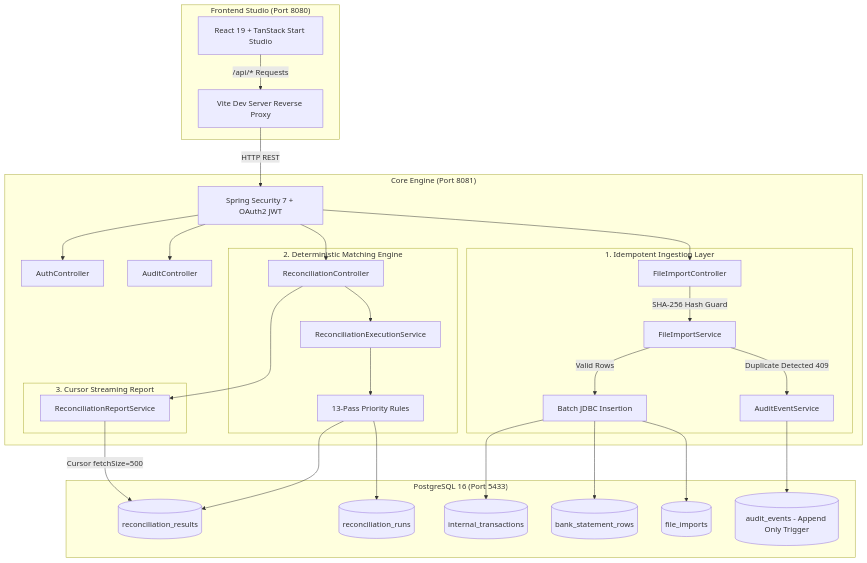
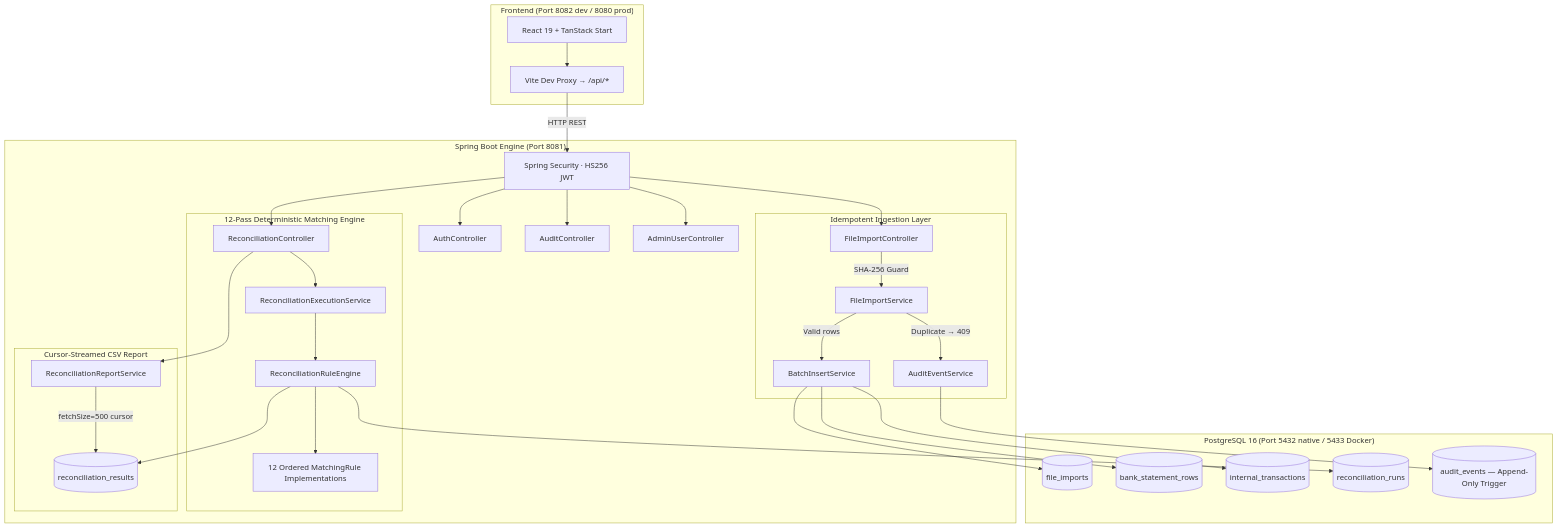
One commit to Kaifkhan1212/ReconcileX changed the diagram in README.md. Above: the diagram before and after it, drawn with Mermaid. The commit also changed other lines of this file and 53 other files, not shown here.

````diff
--- a/README.md
+++ b/README.md
@@ -11,41 +23,43 @@
 ```mermaid
 flowchart TD
-    subgraph ClientLayer["Frontend Studio (Port 8080)"]
-        UI[React 19 + TanStack Start Studio]
-        Proxy[Vite Dev Server Reverse Proxy]
-        UI -->|/api/* Requests| Proxy
+    subgraph ClientLayer["Frontend (Port 8082 dev / 8080 prod)"]
+        UI[React 19 + TanStack Start]
+        Proxy[Vite Dev Proxy → /api/*]
+        UI --> Proxy
     end
 
-    subgraph BackendLayer["Core Engine (Port 8081)"]
-        Proxy -->|HTTP REST| Security[Spring Security 7 + OAuth2 JWT]
+    subgraph BackendLayer["Spring Boot Engine (Port 8081)"]
+        Proxy -->|HTTP REST| Security[Spring Security · HS256 JWT]
+        Security --> AuthCtrl[AuthController]
         Security --> ImportCtrl[FileImportController]
         Security --> ReconCtrl[ReconciliationController]
         Security --> AuditCtrl[AuditController]
-        Security --> AuthCtrl[AuthController]
+        Security --> AdminCtrl[AdminUserController]
 
-        subgraph Ingestion["1. Idempotent Ingestion Layer"]
-            ImportCtrl -->|SHA-256 Hash Guard| ImportSvc[FileImportService]
-            ImportSvc -->|Duplicate Detected 409| AuditSvc[AuditEventService]
-            ImportSvc -->|Valid Rows| JDBC[Batch JDBC Insertion]
+        subgraph Ingestion["Idempotent Ingestion Layer"]
+            ImportCtrl -->|SHA-256 Guard| ImportSvc[FileImportService]
+            ImportSvc -->|Duplicate → 409| AuditSvc[AuditEventService]
+            ImportSvc -->|Valid rows| JDBC[BatchInsertService]
         end
 
-        subgraph Engine["2. Deterministic Matching Engine"]
-            ReconCtrl --> EngineSvc[ReconciliationExecutionService]
-            EngineSvc --> RuleRunner[13-Pass Priority Rules]
+        subgraph Engine["12-Pass Deterministic Matching Engine"]
+            ReconCtrl --> ExecSvc[ReconciliationExecutionService]
+            ExecSvc --> RuleEngine[ReconciliationRuleEngine]
+            RuleEngine --> Rules[12 Ordered MatchingRule Implementations]
         end
 
-        subgraph Streaming["3. Cursor Streaming Report"]
+        subgraph Streaming["Cursor-Streamed CSV Report"]
             ReconCtrl --> ReportSvc[ReconciliationReportService]
+            ReportSvc -->|fetchSize=500 cursor| DB_Results
         end
     end
 
-    subgraph DatabaseLayer["PostgreSQL 16 (Port 5433)"]
+    subgraph DatabaseLayer["PostgreSQL 16 (Port 5432 native / 5433 Docker)"]
         JDBC --> DB_Imports[(file_imports)]
         JDBC --> DB_Bank[(bank_statement_rows)]
         JDBC --> DB_Internal[(internal_transactions)]
-        RuleRunner --> DB_Runs[(reconciliation_runs)]
-        RuleRunner --> DB_Results[(reconciliation_results)]
-        AuditSvc --> DB_Audit[(audit_events - Append Only Trigger)]
-        ReportSvc -->|Cursor fetchSize=500| DB_Results
+        RuleEngine --> DB_Runs[(reconciliation_runs)]
+        RuleEngine --> DB_Results[(reconciliation_results)]
+        AuditSvc --> DB_Audit[(audit_events — Append-Only Trigger)]
     end
 ```
````
